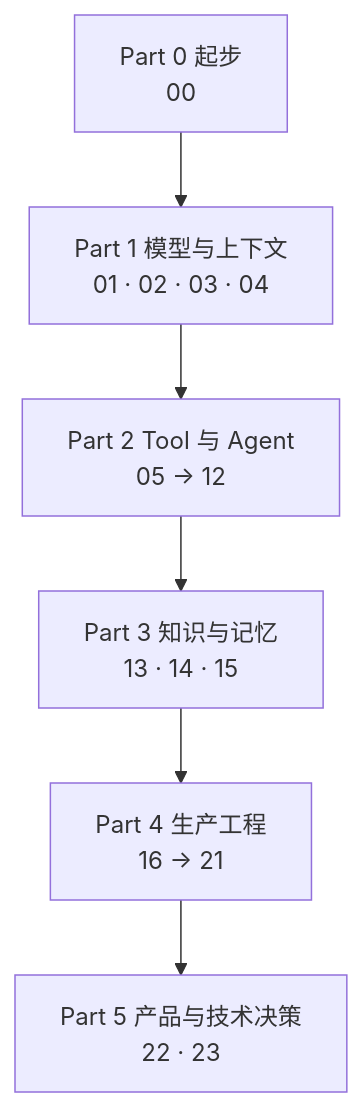
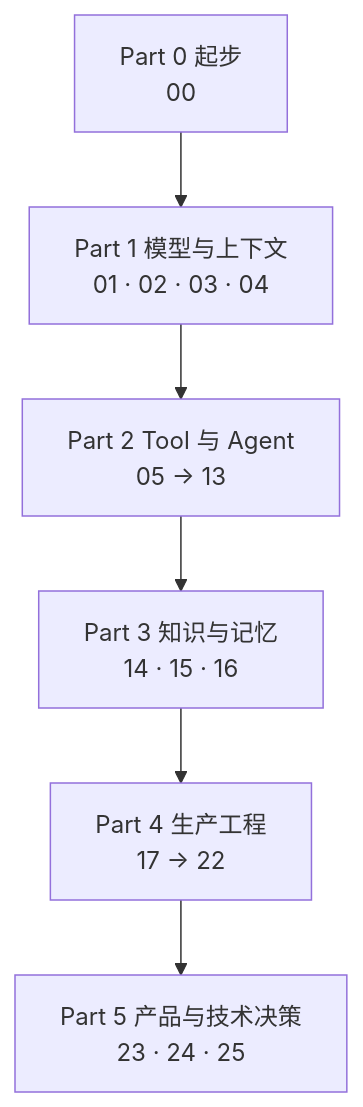
The first of 2 diagrams in lessons/README.md (lance2016/ai-app-engineering), drawn with Mermaid before and after one commit. The commit also changed other lines of this file and 89 other files, not shown here.

````diff
--- a/lessons/README.md
+++ b/lessons/README.md
@@ -35,8 +35,8 @@
 ```mermaid
 flowchart TB
     P0["Part 0 起步<br/>00"] --> P1["Part 1 模型与上下文<br/>01 · 02 · 03 · 04"]
-    P1 --> P2["Part 2 Tool 与 Agent<br/>05 → 12"]
-    P2 --> P3["Part 3 知识与记忆<br/>13 · 14 · 15"]
-    P3 --> P4["Part 4 生产工程<br/>16 → 21"]
-    P4 --> P5["Part 5 产品与技术决策<br/>22 · 23"]
+    P1 --> P2["Part 2 Tool 与 Agent<br/>05 → 13"]
+    P2 --> P3["Part 3 知识与记忆<br/>14 · 15 · 16"]
+    P3 --> P4["Part 4 生产工程<br/>17 → 22"]
+    P4 --> P5["Part 5 产品与技术决策<br/>23 · 24 · 25"]
 ```
````
